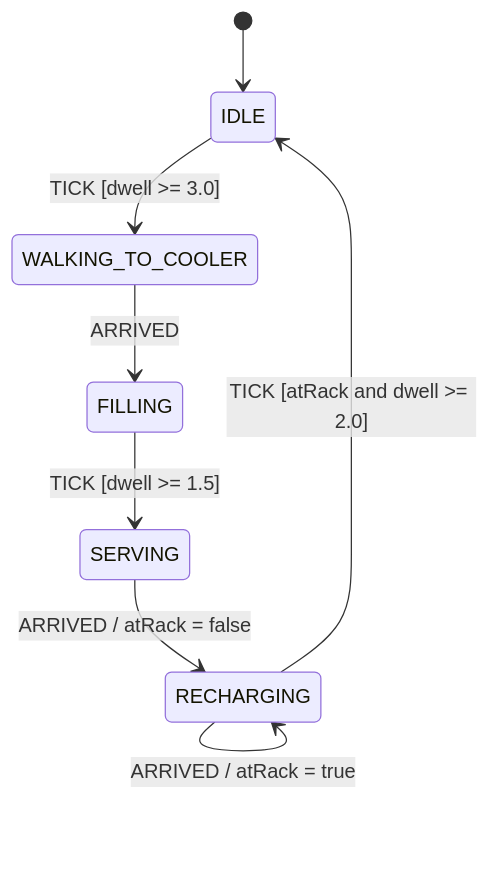
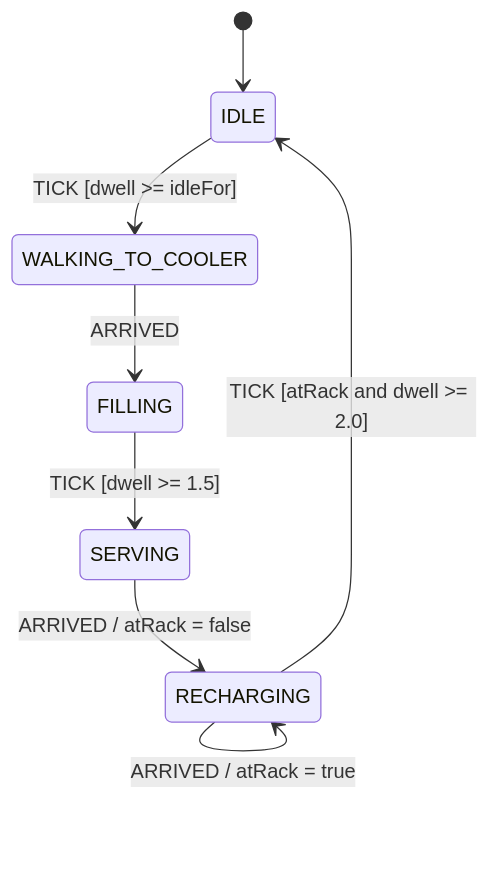
One commit to Lainholic/kiroween-chrono-fsm changed the seventh of 7 diagrams in .kiro/specs/park-exe/design.md. Above: the diagram before and after it, drawn with Mermaid. The commit also changed other lines of this file and 9 other files, not shown here.

````diff
--- a/.kiro/specs/park-exe/design.md
+++ b/.kiro/specs/park-exe/design.md
@@ -304,10 +304,10 @@
 ```mermaid
 stateDiagram-v2
   [*] --> IDLE
-  IDLE --> WALKING_TO_COOLER: TICK [dwell >= 3.0]
+  IDLE --> WALKING_TO_COOLER: TICK [dwell >= idleFor]
   WALKING_TO_COOLER --> FILLING: ARRIVED
   FILLING --> SERVING: TICK [dwell >= 1.5]
   SERVING --> RECHARGING: ARRIVED / atRack = false
   RECHARGING --> RECHARGING: ARRIVED / atRack = true
   RECHARGING --> IDLE: TICK [atRack and dwell >= 2.0]
 ```
````
